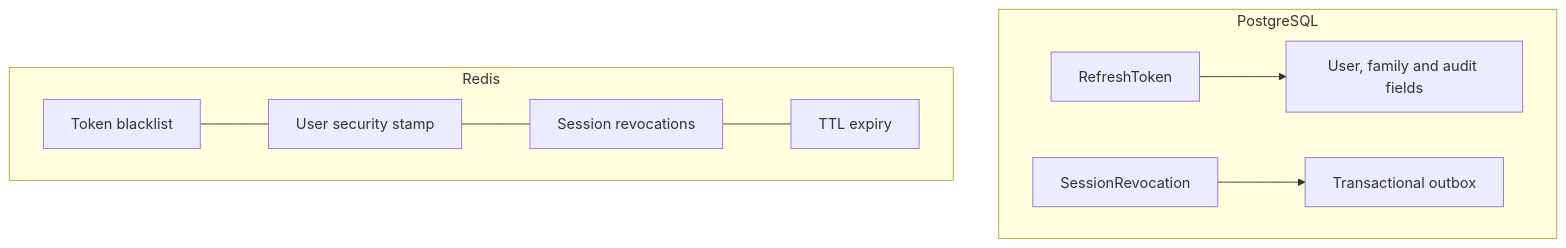
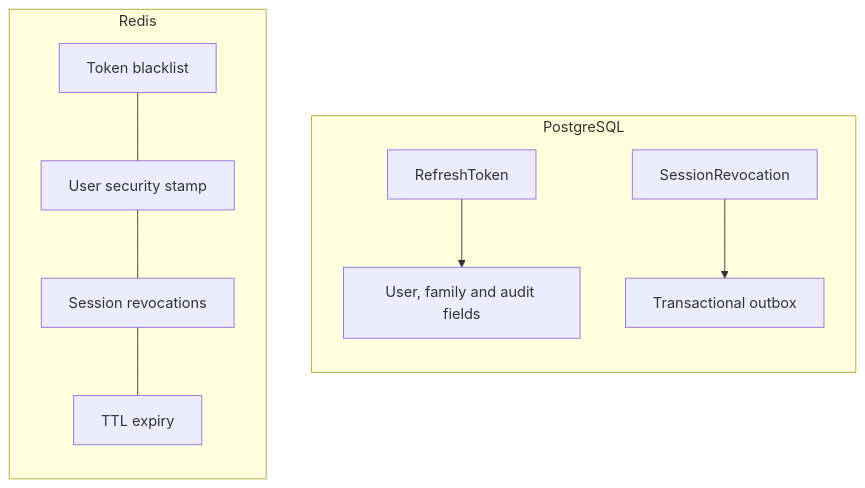
One commit to mhasabalah/StarterKit changed the fourth of 6 diagrams in wiki/Identity/jwt/JWT-AUTH-TECHNICAL-GUIDE.md. Above: the diagram before and after it, drawn with Mermaid. The commit also changed other lines of this file and 152 other files, not shown here.

Commit message:
feat(docs): add Fumadocs V2 and standardize diagrams

````diff
--- a/wiki/Identity/jwt/JWT-AUTH-TECHNICAL-GUIDE.md
+++ b/wiki/Identity/jwt/JWT-AUTH-TECHNICAL-GUIDE.md
@@ -106,12 +117,19 @@
 ```mermaid
 flowchart TB
+  accTitle: Storage and revocation
+  accDescr: PostgreSQL records refresh sessions and revocation events while Redis accelerates access-token revocation checks.
   subgraph PostgreSQL
+    direction TB
     T[RefreshToken] --> A[User, family and audit fields]
     E[SessionRevocation] --> O[Transactional outbox]
   end
   subgraph Redis
+    direction TB
     B[Token blacklist] --- U[User security stamp]
     U --- S[Session revocations]
     S --- X[TTL expiry]
   end
+  class T,E domain
+  class O event
+  class B,U,S,X data
 ```
````
